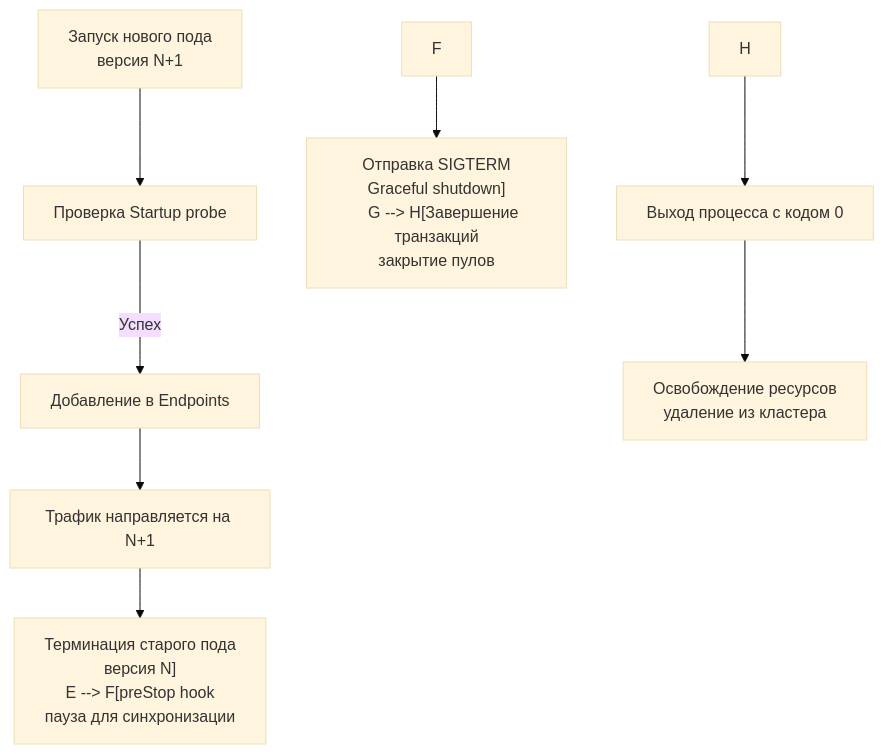
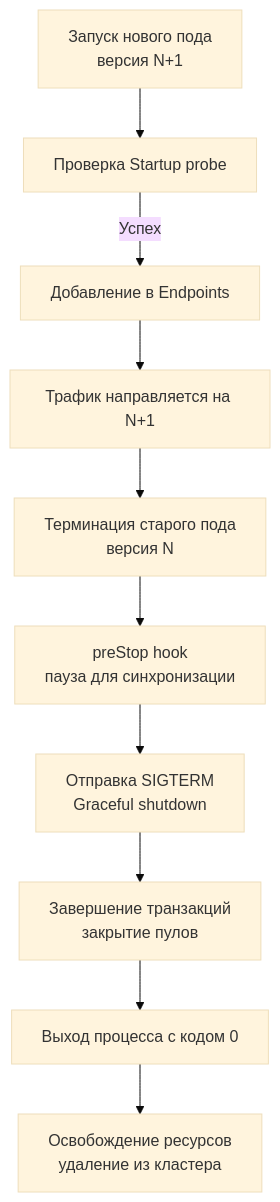
The diagram in sources/9. Бэкенд на Go (Практика разработки)/40. Деплой в production.md (UnrealTemplier/go-textbook), drawn with Mermaid (base theme) before and after one commit. The commit also changed other lines of this file, not shown here.

````diff
--- a/sources/9. Бэкенд на Go (Практика разработки)/40. Деплой в production.md
+++ b/sources/9. Бэкенд на Go (Практика разработки)/40. Деплой в production.md
@@ -20,12 +22,12 @@
 ```mermaid
 flowchart TD
     A["Запуск нового пода<br>версия N+1"] --> B["Проверка Startup probe"]
     B -->|"Успех"| C["Добавление в Endpoints"]
     C --> D["Трафик направляется на N+1"]
-    D --> E["Терминация старого пода<br>версия N]
-    E --> F["preStop hook<br>пауза для синхронизации]
-    F --> G["Отправка SIGTERM<br>Graceful shutdown]
-    G --> H["Завершение транзакций<br>закрытие пулов]
+    D --> E["Терминация старого пода<br>версия N"]
+    E --> F["preStop hook<br>пауза для синхронизации"]
+    F --> G["Отправка SIGTERM<br>Graceful shutdown"]
+    G --> H["Завершение транзакций<br>закрытие пулов"]
     H --> I["Выход процесса с кодом 0"]
     I --> J["Освобождение ресурсов<br>удаление из кластера"]
 ```
````
